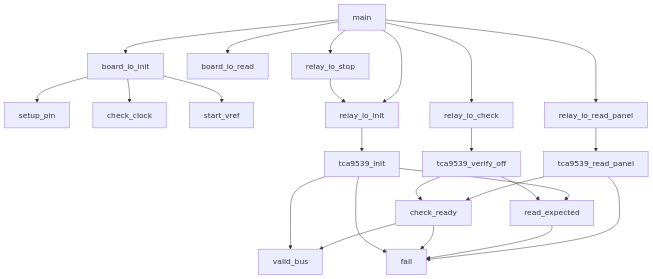
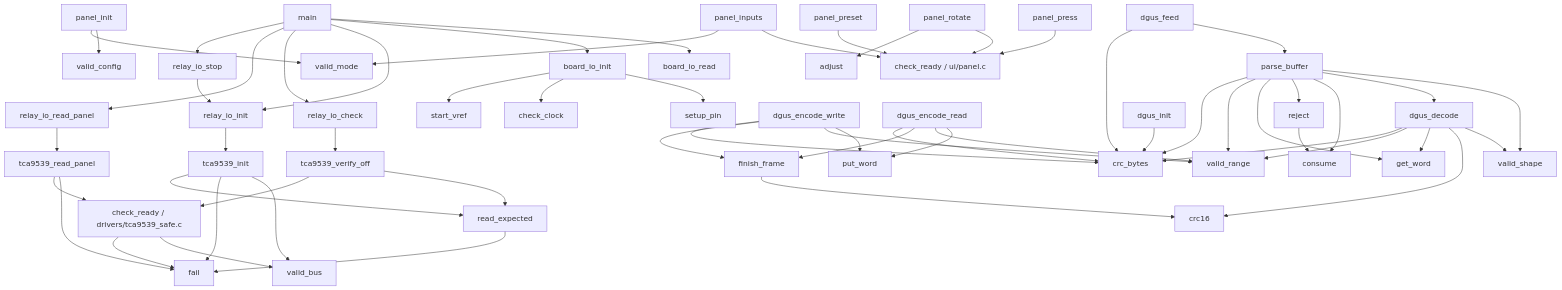
The second of 2 diagrams in docs/02-digital/代码图谱.md (Not1Fun/HT), drawn with Mermaid before and after one commit. The commit also changed other lines of this file and 20 other files, not shown here.

Commit message:
feat: add reusable panel model and DGUS protocol with confirmed analog values

````diff
--- a/docs/02-digital/代码图谱.md
+++ b/docs/02-digital/代码图谱.md
@@ -83,7 +117,7 @@
     F0["valid_bus"]
     F1["fail"]
     F2["read_expected"]
-    F3["check_ready"]
+    F3["check_ready / drivers/tca9539_safe.c"]
     F4["tca9539_init"]
     F5["tca9539_verify_off"]
     F6["tca9539_read_panel"]
@@ -97,6 +131,30 @@
     F16["relay_io_check"]
     F17["relay_io_read_panel"]
     F18["relay_io_stop"]
+    F19["crc_bytes"]
+    F20["crc16"]
+    F21["get_word"]
+    F22["put_word"]
+    F23["valid_range"]
+    F24["finish_frame"]
+    F25["dgus_encode_write"]
+    F26["dgus_encode_read"]
+    F27["valid_shape"]
+    F28["dgus_decode"]
+    F29["dgus_init"]
+    F30["consume"]
+    F31["reject"]
+    F32["parse_buffer"]
+    F33["dgus_feed"]
+    F35["valid_mode"]
+    F36["valid_config"]
+    F37["check_ready / ui/panel.c"]
+    F38["adjust"]
+    F39["panel_init"]
+    F40["panel_rotate"]
+    F41["panel_press"]
+    F42["panel_preset"]
+    F43["panel_inputs"]
     F6 --> F1
     F6 --> F3
     F2 --> F1
@@ -120,4 +178,37 @@
     F16 --> F5
     F17 --> F6
     F18 --> F15
+    F28 --> F27
+    F28 --> F20
+    F28 --> F21
+    F28 --> F23
+    F28 --> F19
+    F29 --> F19
+    F31 --> F30
+    F32 --> F27
+    F32 --> F28
+    F32 --> F30
+    F32 --> F31
+    F32 --> F21
+    F32 --> F23
+    F32 --> F19
+    F33 --> F32
+    F33 --> F19
+    F24 --> F20
+    F25 --> F22
+    F25 --> F23
+    F25 --> F24
+    F25 --> F19
+    F26 --> F22
+    F26 --> F23
+    F26 --> F24
+    F26 --> F19
+    F41 --> F37
+    F42 --> F37
+    F43 --> F37
+    F43 --> F35
+    F39 --> F36
+    F39 --> F35
+    F40 --> F37
+    F40 --> F38
 ```
````
